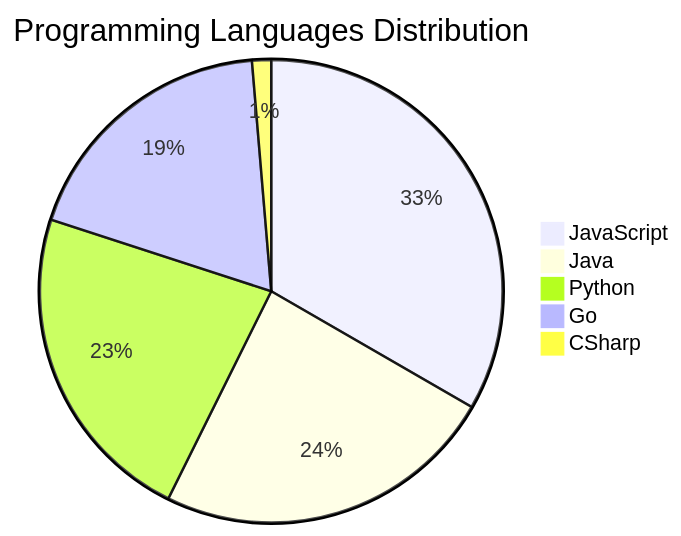
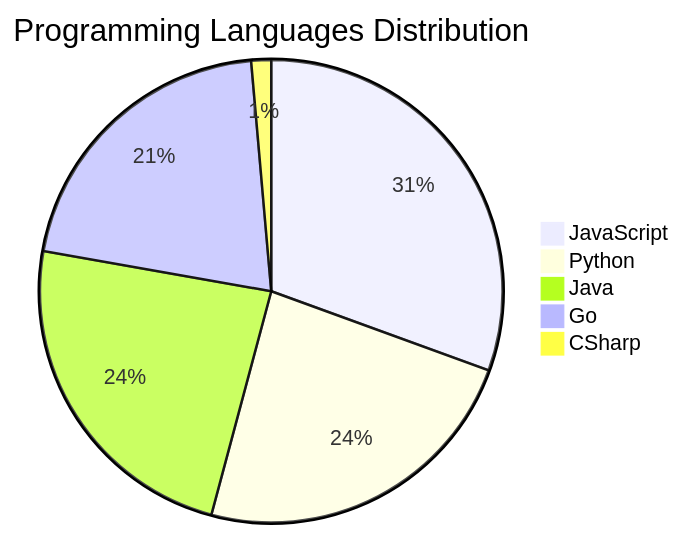
Before and after one commit to Derrick-MUGISHA/github-activity-bot: the diagram in README.md, drawn with Mermaid. The commit also changed other lines of this file and 3 other files, not shown here.

````diff
--- a/README.md
+++ b/README.md
@@ -71,8 +71,8 @@
 ```mermaid
 pie title Programming Languages Distribution
-    "JavaScript" : 25
-    "Java" : 18
+    "JavaScript" : 22
     "Python" : 17
-    "Go" : 14
+    "Java" : 17
+    "Go" : 15
     "CSharp" : 1
 ```
````
